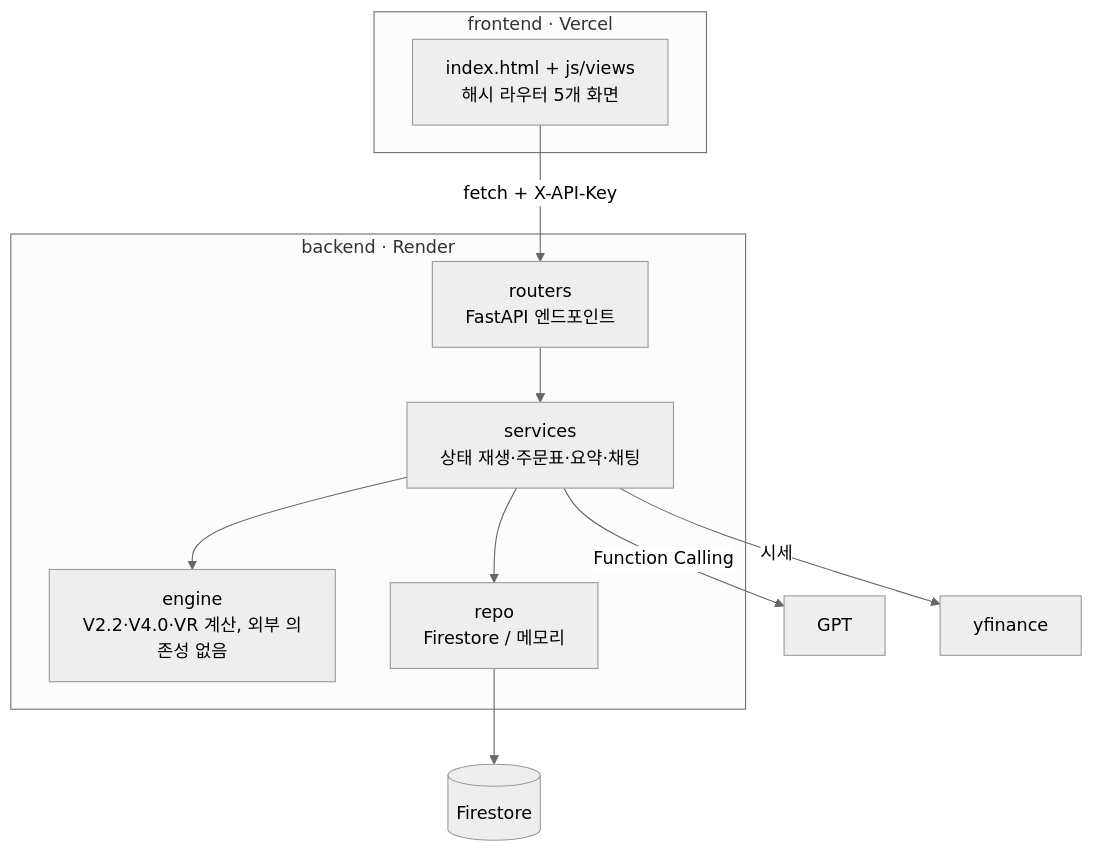
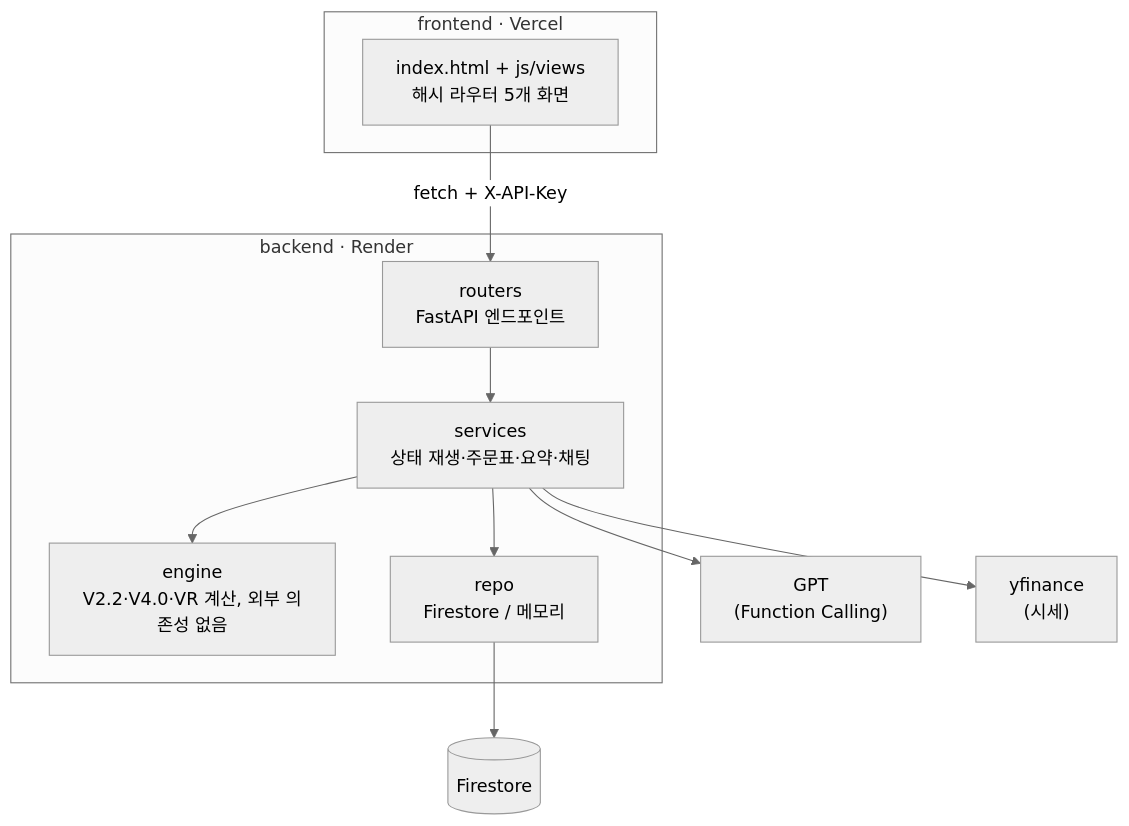
The third of 3 diagrams in README.md (goodday-min/Rule_Keeper), drawn with Mermaid (neutral theme) before and after one commit.

Commit message:
README 구조도 라벨 수정

````diff
--- a/README.md
+++ b/README.md
@@ -176,15 +176,15 @@
 ```mermaid
 flowchart TB
     subgraph FE[frontend · Vercel]
         UI[index.html + js/views<br/>해시 라우터 5개 화면]
     end
     subgraph BE[backend · Render]
         R[routers<br/>FastAPI 엔드포인트] --> SV[services<br/>상태 재생·주문표·요약·채팅]
         SV --> EN[engine<br/>V2.2·V4.0·VR 계산, 외부 의존성 없음]
         SV --> RP[repo<br/>Firestore / 메모리]
     end
     UI -->|fetch + X-API-Key| R
     RP --> FS[(Firestore)]
-    SV -->|Function Calling| GPT[GPT]
-    SV -->|시세| YF[yfinance]
+    SV --> GPT["GPT<br/>(Function Calling)"]
+    SV --> YF["yfinance<br/>(시세)"]
 ```
````
